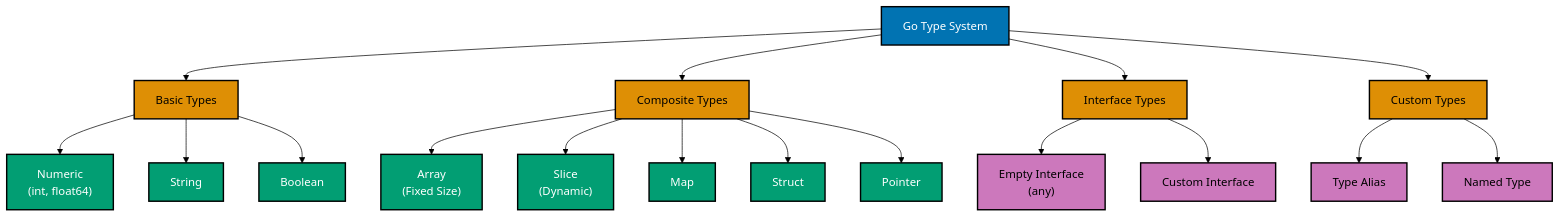
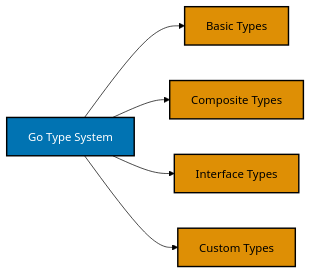
The first of 5 diagrams in docs/explanation/software-engineering/programming-languages/golang/type-safety-standards.md (wahidyankf/open-sharia-enterprise), drawn with Mermaid (forest theme) before and after one commit. The commit also changed other lines of this file and 11 other files, not shown here.

First line of the commit message:
fix(docs): fix mermaid violations in golang docs

````diff
--- a/docs/explanation/software-engineering/programming-languages/golang/type-safety-standards.md
+++ b/docs/explanation/software-engineering/programming-languages/golang/type-safety-standards.md
@@ -47,31 +47,15 @@
 ```mermaid
 %% Color Palette: Blue #0173B2, Orange #DE8F05, Teal #029E73, Purple #CC78BC
 %% All colors are color-blind friendly and meet WCAG AA contrast standards
 
-graph TD
+graph LR
     A["Go Type System"]:::blue --> B["Basic Types"]:::orange
     A --> C["Composite Types"]:::orange
     A --> D["Interface Types"]:::orange
     A --> E["Custom Types"]:::orange
-
-    B --> B1["Numeric<br/>#40;int, float64#41;"]:::teal
-    B --> B2["String"]:::teal
-    B --> B3["Boolean"]:::teal
-
-    C --> C1["Array<br/>#40;Fixed Size#41;"]:::teal
-    C --> C2["Slice<br/>#40;Dynamic#41;"]:::teal
-    C --> C3["Map"]:::teal
-    C --> C4["Struct"]:::teal
-    C --> C5["Pointer"]:::teal
-
-    D --> D1["Empty Interface<br/>#40;any#41;"]:::purple
-    D --> D2["Custom Interface"]:::purple
-
-    E --> E1["Type Alias"]:::purple
-    E --> E2["Named Type"]:::purple
 
     classDef blue fill:#0173B2,stroke:#000000,color:#FFFFFF,stroke-width:2px
     classDef orange fill:#DE8F05,stroke:#000000,color:#000000,stroke-width:2px
     classDef teal fill:#029E73,stroke:#000000,color:#FFFFFF,stroke-width:2px
     classDef purple fill:#CC78BC,stroke:#000000,color:#000000,stroke-width:2px
 ```
````
